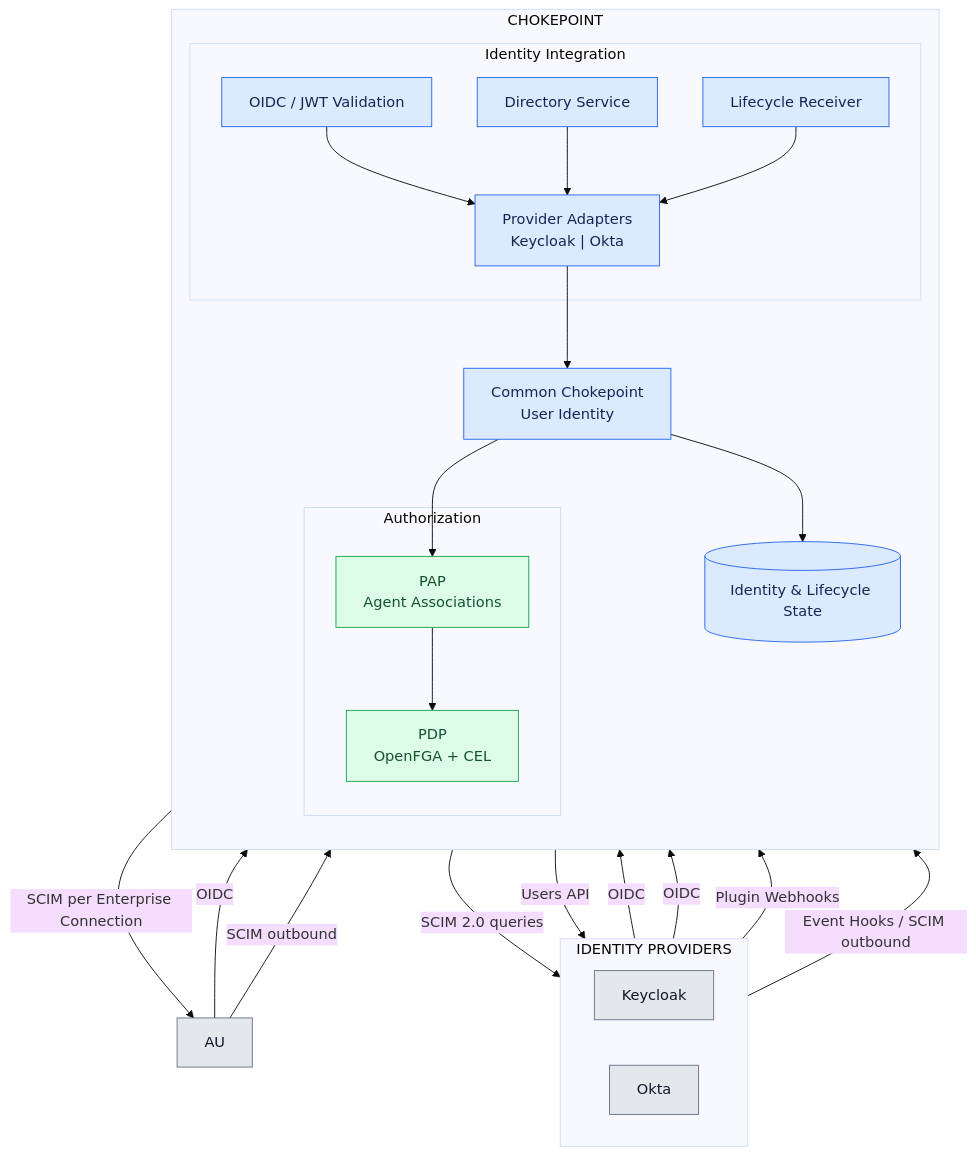
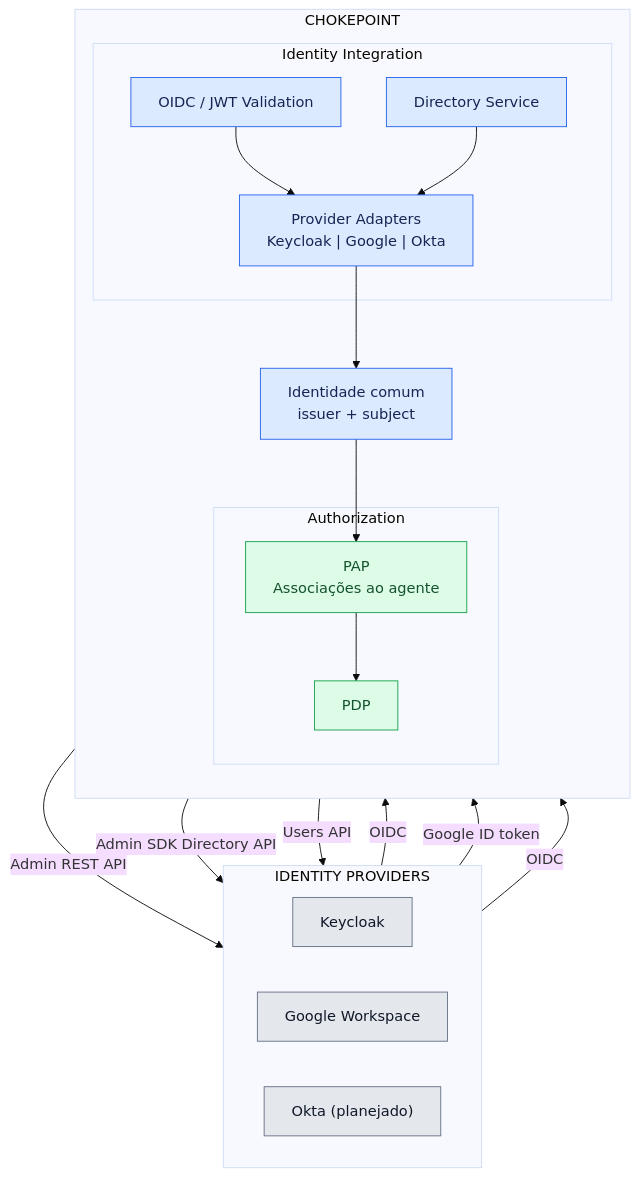
The diagram in docs/integracao-idps-chokepoint.md (fagnermourafeitosa/chokepoint-admin), drawn with Mermaid (base theme) before and after one commit. The commit also changed other lines of this file and 17 other files, not shown here.

First line of the commit message:
Remove the lifecycle sync screen and Google warnings (028)

````diff
--- a/docs/integracao-idps-chokepoint.md
+++ b/docs/integracao-idps-chokepoint.md
@@ -9,56 +9,47 @@
 ```mermaid
 flowchart TB
     subgraph IDP["IDENTITY PROVIDERS"]
         direction LR
         KC["Keycloak"]
-        OK["Okta"]
+        GW["Google Workspace"]
+        OK["Okta (planejado)"]
     end
 
     subgraph CP["CHOKEPOINT"]
         direction TB
 
         subgraph Integration["Identity Integration"]
             OIDC["OIDC / JWT Validation"]
             Directory["Directory Service"]
-            Lifecycle["Lifecycle Receiver"]
-            Adapter["Provider Adapters<br/>Keycloak | Okta"]
+            Adapter["Provider Adapters<br/>Keycloak | Google | Okta"]
         end
 
-        Identity["Common Chokepoint<br/>User Identity"]
+        Identity["Identidade comum<br/>issuer + subject"]
 
         subgraph Authz["Authorization"]
-            PAP["PAP<br/>Agent Associations"]
-            PDP["PDP<br/>OpenFGA + CEL"]
+            PAP["PAP<br/>Associações ao agente"]
+            PDP["PDP"]
         end
-
-        DB[("Identity & Lifecycle State")]
     end
 
     KC -->|"OIDC"| OIDC
+    GW -->|"Google ID token"| OIDC
     OK -->|"OIDC"| OIDC
-    AU -->|"OIDC"| OIDC
 
-    Directory -->|"SCIM 2.0 queries"| KC
+    Directory -->|"Admin REST API"| KC
+    Directory -->|"Admin SDK Directory API"| GW
     Directory -->|"Users API"| OK
-    Directory -->|"SCIM per Enterprise Connection"| AU
-
-    KC -->|"Plugin Webhooks"| Lifecycle
-    OK -->|"Event Hooks / SCIM outbound"| Lifecycle
-    AU -->|"SCIM outbound"| Lifecycle
 
     OIDC --> Adapter
     Directory --> Adapter
-    Lifecycle --> Adapter
-
     Adapter --> Identity
     Identity --> PAP
-    Identity --> DB
     PAP --> PDP
 
     classDef provider fill:#e4e7ec,stroke:#667085,color:#101828
     classDef service fill:#dbeafe,stroke:#2563eb,color:#172554
     classDef auth fill:#dcfce7,stroke:#16a34a,color:#14532d
-    class KC,OK,AU provider
-    class OIDC,Directory,Lifecycle,Adapter,Identity,DB service
+    class KC,GW,OK provider
+    class OIDC,Directory,Adapter,Identity service
     class PAP,PDP auth
 ```
````
